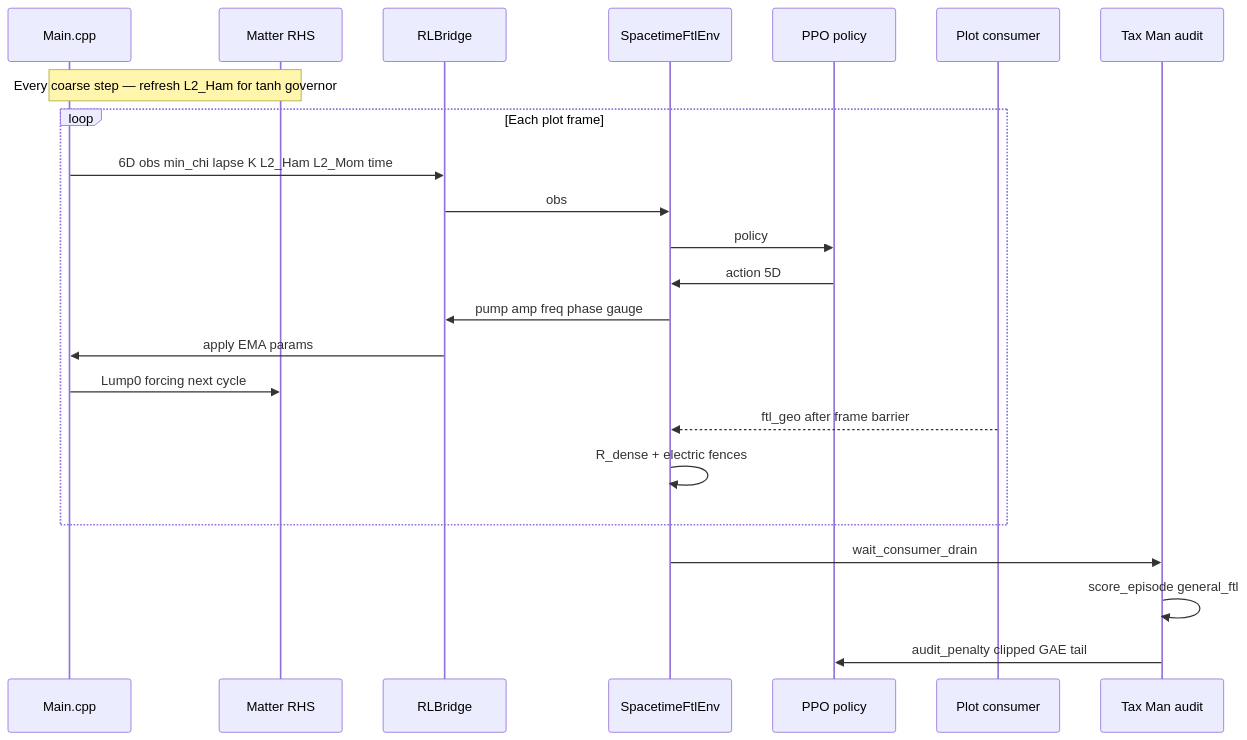
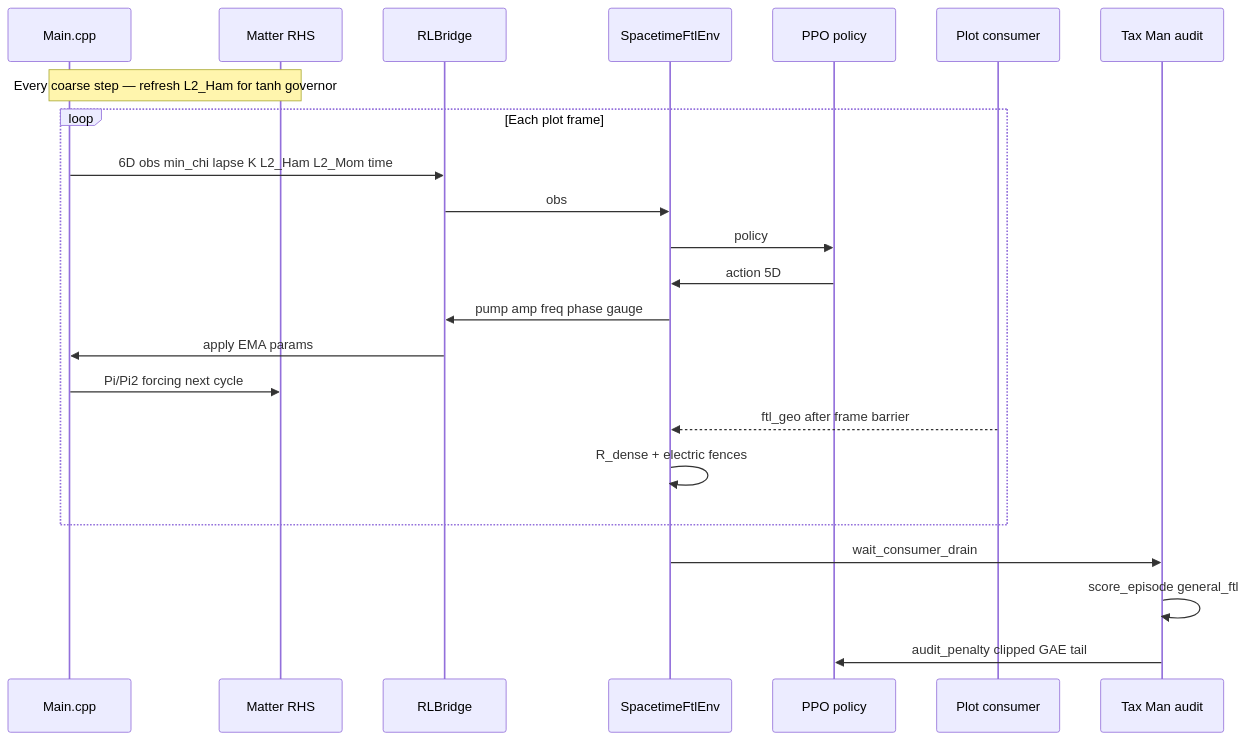
Before and after one commit to Nikchik-coder/GRTeclyn: the third of 5 diagrams in research/RL/research.md, drawn with Mermaid. The commit also changed other lines of this file and 7 other files, not shown here.

````diff
--- a/research/RL/research.md
+++ b/research/RL/research.md
@@ -123,26 +124,26 @@
 ```mermaid
 sequenceDiagram
   participant Main as Main.cpp
   participant RHS as Matter RHS
   participant ZMQ as RLBridge
   participant Env as SpacetimeFtlEnv
   participant PPO as PPO policy
   participant PC as Plot consumer
   participant Audit as Tax Man audit
 
   Note over Main,RHS: Every coarse step — refresh L2_Ham for tanh governor
   loop Each plot frame
     Main->>ZMQ: 6D obs min_chi lapse K L2_Ham L2_Mom time
     ZMQ->>Env: obs
     Env->>PPO: policy
     PPO->>Env: action 5D
     Env->>ZMQ: pump amp freq phase gauge
     ZMQ->>Main: apply EMA params
-    Main->>RHS: Lump0 forcing next cycle
+    Main->>RHS: Pi/Pi2 forcing next cycle
     PC-->>Env: ftl_geo after frame barrier
     Env->>Env: R_dense + electric fences
   end
   Env->>Audit: wait_consumer_drain
   Audit->>Audit: score_episode general_ftl
   Audit->>PPO: audit_penalty clipped GAE tail
 ```
````
